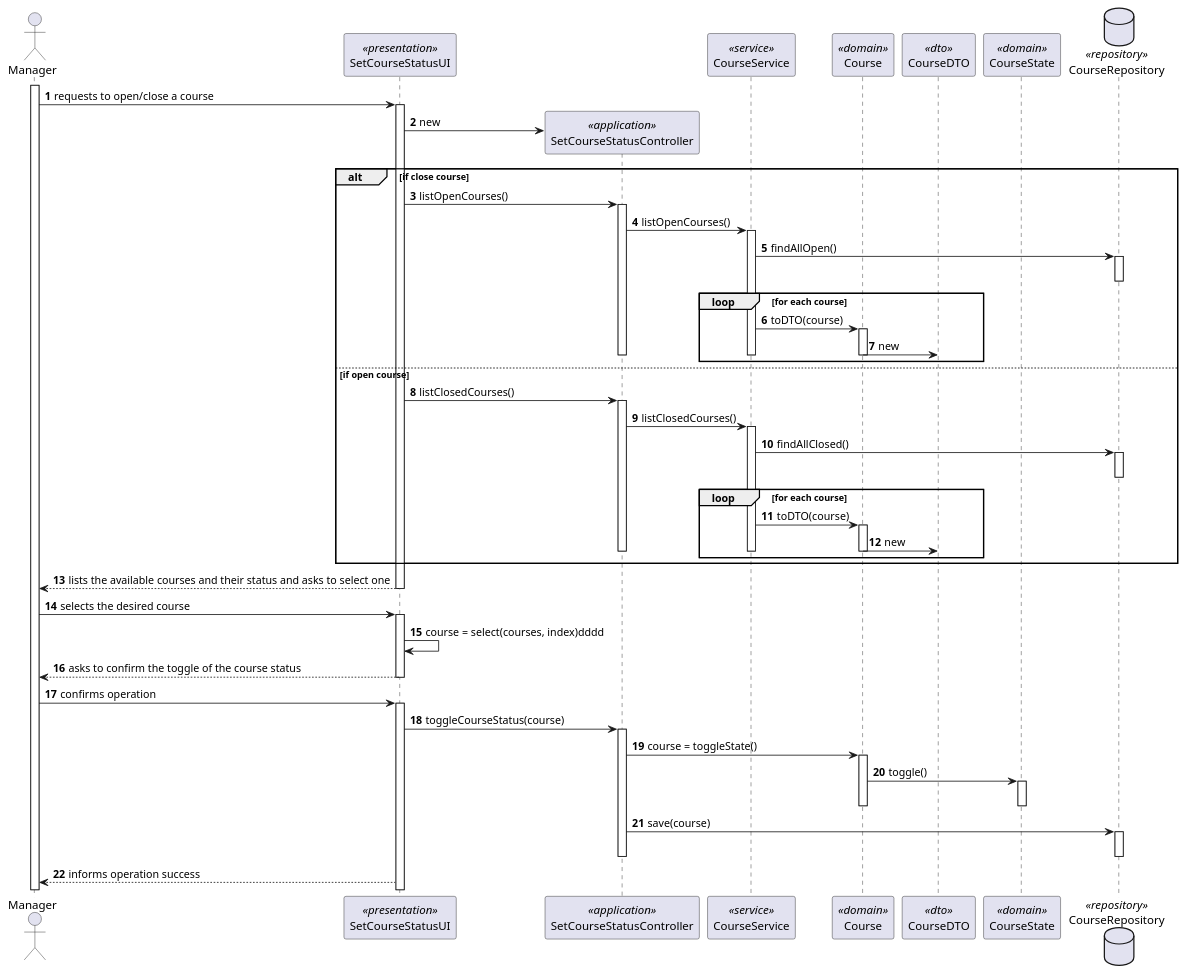
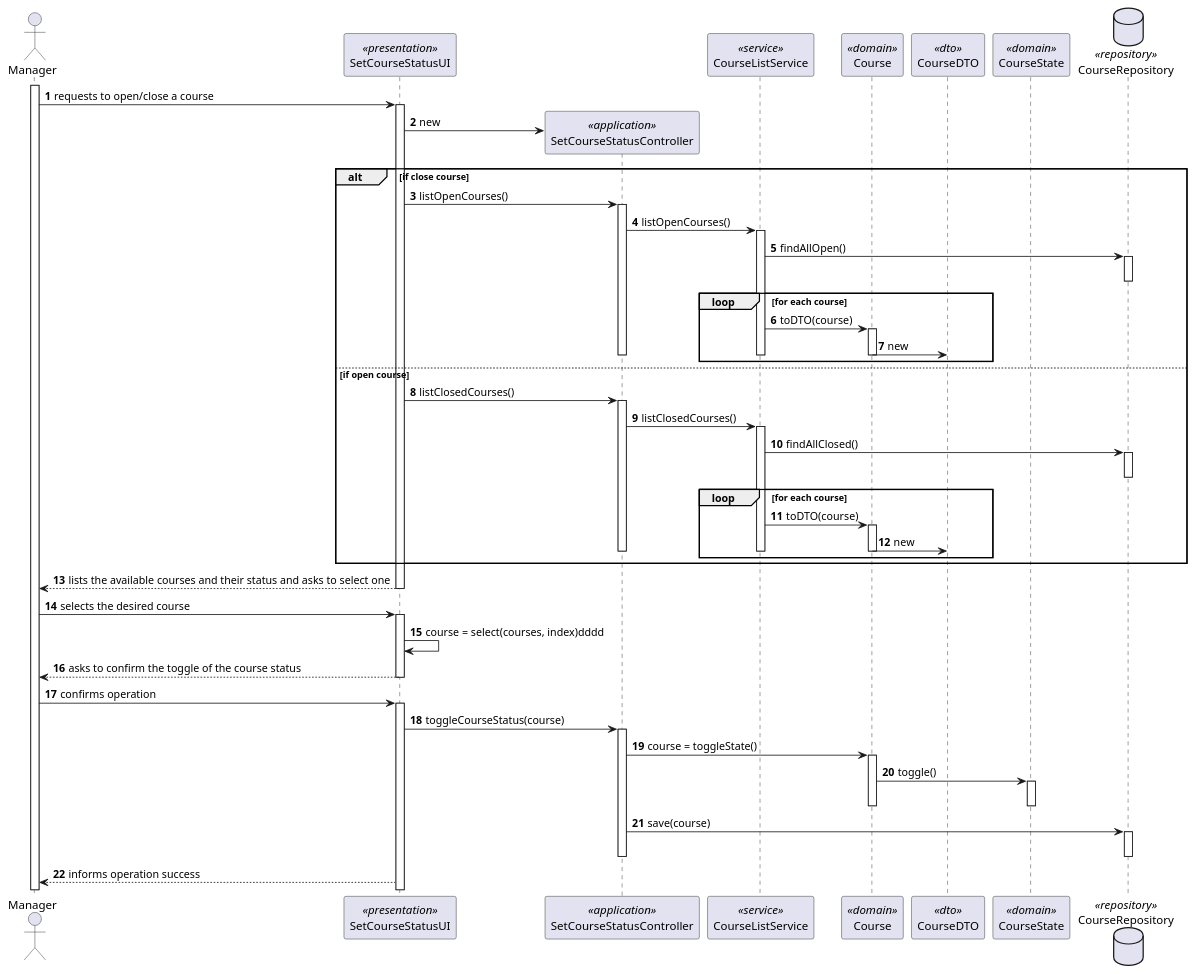
Before and after one commit to miseEnPlace-dev/lapr4: the diagram in docs/sprint-b/us10-1004/US1004_SD.puml, drawn with PlantUML. The commit also changed 25 other files, not shown here.

```diff
--- a/docs/sprint-b/us10-1004/US1004_SD.puml
+++ b/docs/sprint-b/us10-1004/US1004_SD.puml
@@ -1,97 +1,97 @@
 @startuml US1004_SD
 autonumber
 
 actor "Manager" as M
 
 participant "SetCourseStatusUI" as UI <<presentation>>
 participant "SetCourseStatusController" as CTRL <<application>>
-participant "CourseService" as SRV <<service>>
+participant "CourseListService" as SRV <<service>>
 participant "Course" as Course <<domain>>
 participant "CourseDTO" as DTO <<dto>>
 participant "CourseState" as CourseState <<domain>>
 
 
 database CourseRepository as REPO <<repository>>
 
 activate M
 
 M -> UI: requests to open/close a course
 
 activate UI
 
 UI -> CTRL**: new
 
 alt if close course
   UI -> CTRL: listOpenCourses()
   activate CTRL
   CTRL -> SRV: listOpenCourses()
   activate SRV
   SRV -> REPO: findAllOpen()
     activate REPO
     deactivate REPO
   loop for each course
     SRV -> Course : toDTO(course)
     activate Course
     Course -> DTO : new
     deactivate SRV
     deactivate Course
     deactivate CTRL
   end loop
 else if open course
   UI -> CTRL: listClosedCourses()
   activate CTRL
   CTRL -> SRV: listClosedCourses()
   activate SRV
   SRV -> REPO: findAllClosed()
   activate REPO
   deactivate REPO
   loop for each course
     SRV -> Course : toDTO(course)
     activate Course
     Course -> DTO : new
     deactivate SRV
     deactivate Course
     deactivate CTRL
   end loop
 end
 
 UI --> M: lists the available courses and their status and asks to select one
 
 deactivate UI
 
 M -> UI: selects the desired course
 
 activate UI
 
 UI -> UI: course = select(courses, index)dddd
 UI --> M: asks to confirm the toggle of the course status
 
 deactivate UI
 
 M -> UI: confirms operation
 
 activate UI
 
 UI -> CTRL: toggleCourseStatus(course)
 
 activate CTRL
 
 CTRL -> Course: course = toggleState()
 
 activate Course
 
 Course -> CourseState: toggle()
 
 activate CourseState
 deactivate CourseState
 deactivate Course
 
 CTRL -> REPO: save(course)
 
 activate REPO
 deactivate REPO
 deactivate CTRL
 
 UI --> M: informs operation success
 
 @enduml
```
